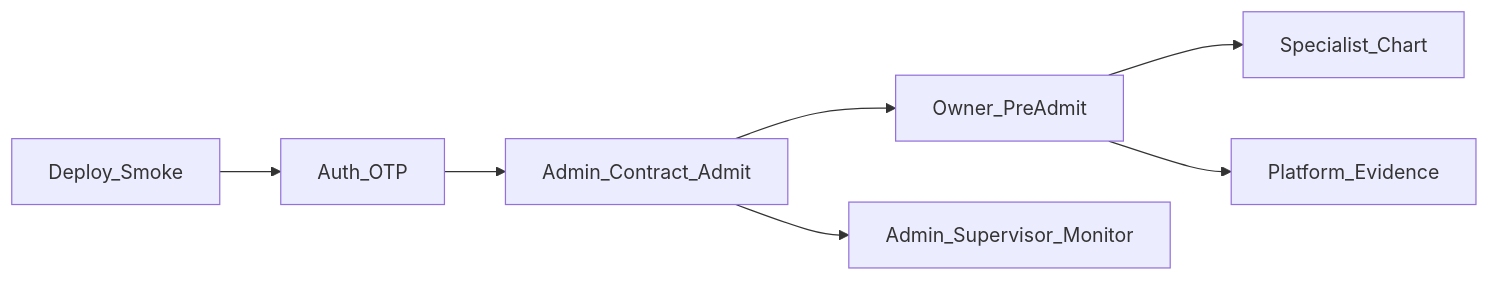
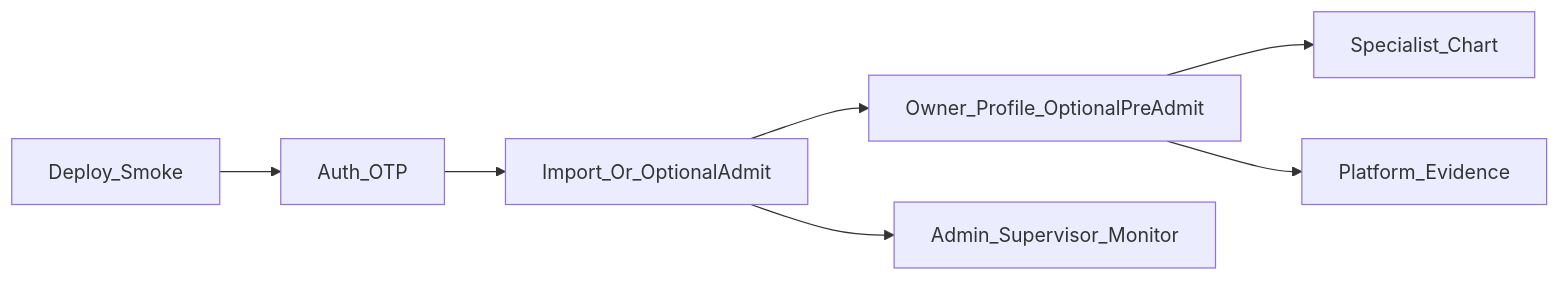
The diagram in docs/shared/pre-release-test-matrix.md (adelghaemi-arch/preAdmitClinic), drawn with Mermaid before and after one commit. The commit also changed other lines of this file and 224 other files, not shown here.

First line of the commit message:
Ship Person identity, contract OTP soft-admit, file vault, package rules, and clinic UI/API hardening.

````diff
--- a/docs/shared/pre-release-test-matrix.md
+++ b/docs/shared/pre-release-test-matrix.md
@@ -43,14 +43,14 @@
 ```mermaid
 flowchart LR
   auth[Auth_OTP]
-  register[Admin_Contract_Admit]
-  preadmit[Owner_PreAdmit]
+  register[Import_Or_OptionalAdmit]
+  preadmit[Owner_Profile_OptionalPreAdmit]
   doctor[Specialist_Chart]
   monitor[Admin_Supervisor_Monitor]
   platform[Platform_Evidence]
   deploy[Deploy_Smoke]
   auth --> register --> preadmit --> doctor
   register --> monitor
   preadmit --> platform
   deploy --> auth
 ```
````
